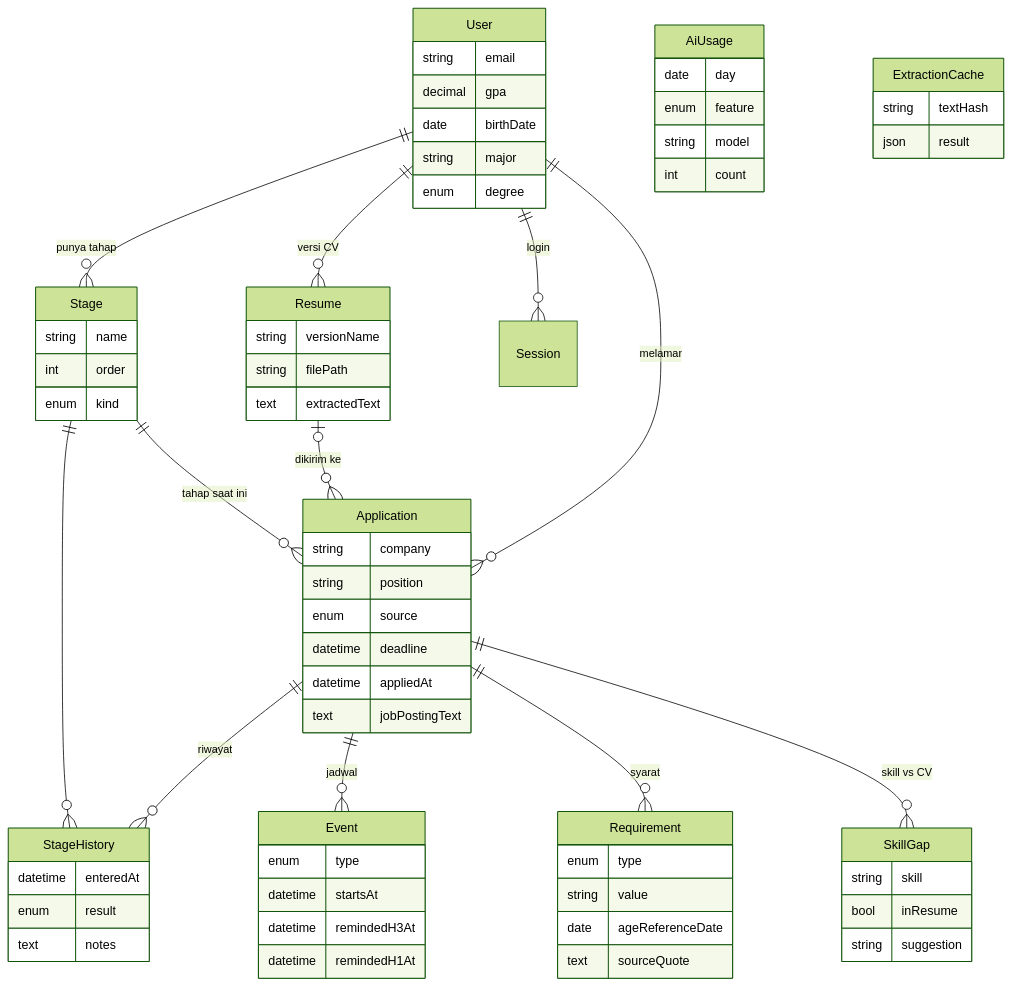
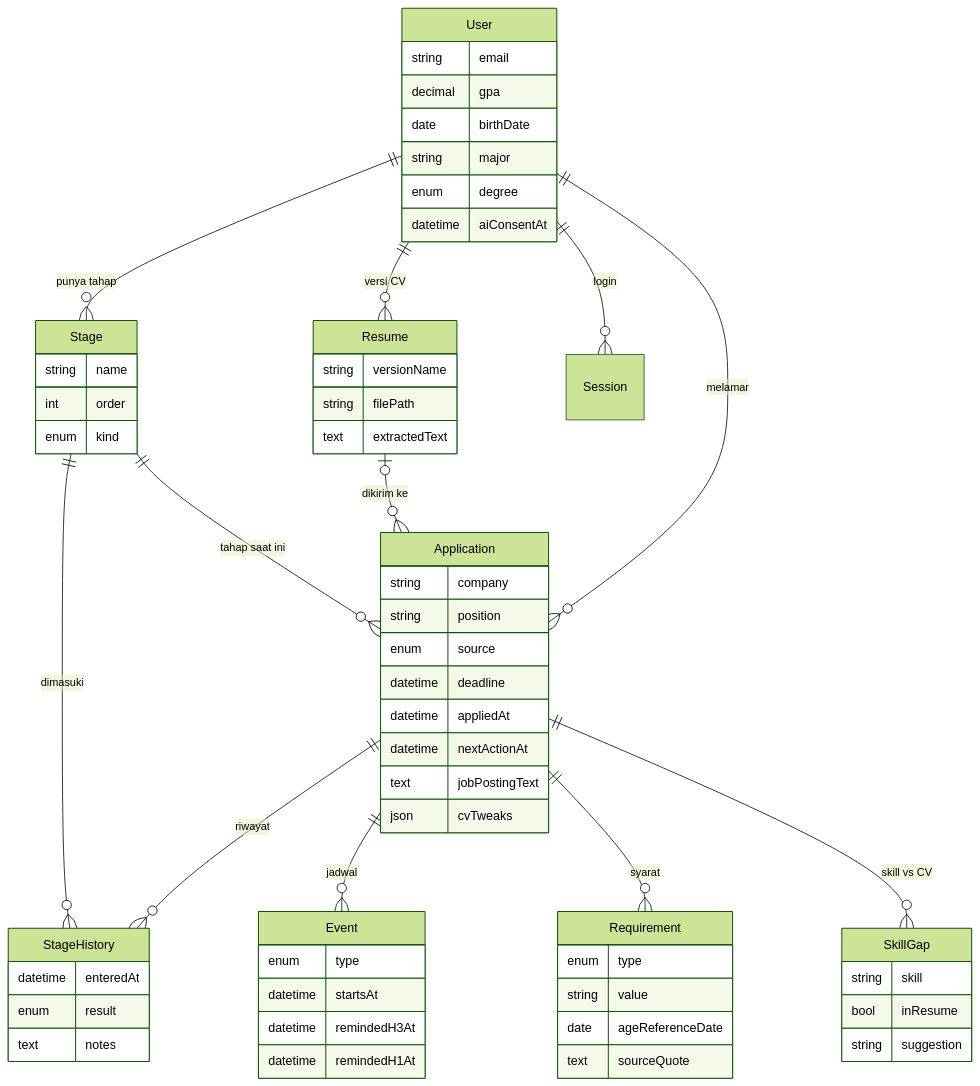
One commit to ariefusry/lajur changed the second of 2 diagrams in README.md. Above: the diagram before and after it, drawn with Mermaid (forest theme). The commit also changed other lines of this file, not shown here.

````diff
--- a/README.md
+++ b/README.md
@@ -56,72 +56,65 @@
 ```mermaid
 erDiagram
   User ||--o{ Stage : "punya tahap"
   User ||--o{ Application : melamar
   User ||--o{ Resume : "versi CV"
   User ||--o{ Session : login
   Resume |o--o{ Application : "dikirim ke"
   Stage ||--o{ Application : "tahap saat ini"
   Application ||--o{ StageHistory : riwayat
-  Stage ||--o{ StageHistory : ""
+  Stage ||--o{ StageHistory : "dimasuki"
   Application ||--o{ Event : jadwal
   Application ||--o{ Requirement : syarat
   Application ||--o{ SkillGap : "skill vs CV"
 
   User {
     string email
     decimal gpa
     date birthDate
     string major
     enum degree
+    datetime aiConsentAt
   }
   Stage {
     string name
     int order
     enum kind
   }
   Application {
     string company
     string position
     enum source
     datetime deadline
     datetime appliedAt
+    datetime nextActionAt
     text jobPostingText
+    json cvTweaks
   }
   StageHistory {
     datetime enteredAt
     enum result
     text notes
   }
   Resume {
     string versionName
     string filePath
     text extractedText
   }
   Event {
     enum type
     datetime startsAt
     datetime remindedH3At
     datetime remindedH1At
   }
   Requirement {
     enum type
     string value
     date ageReferenceDate
     text sourceQuote
   }
   SkillGap {
     string skill
     bool inResume
     string suggestion
   }
-  AiUsage {
-    date day
-    enum feature
-    string model
-    int count
-  }
-  ExtractionCache {
-    string textHash
-    json result
-  }
 ```
````
